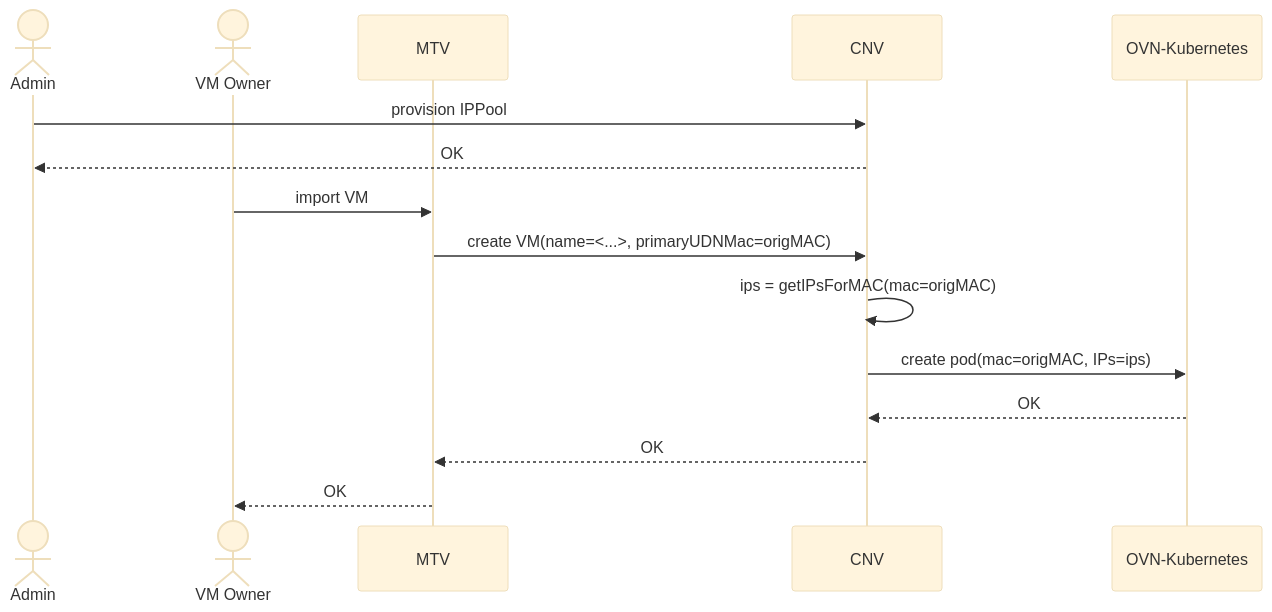
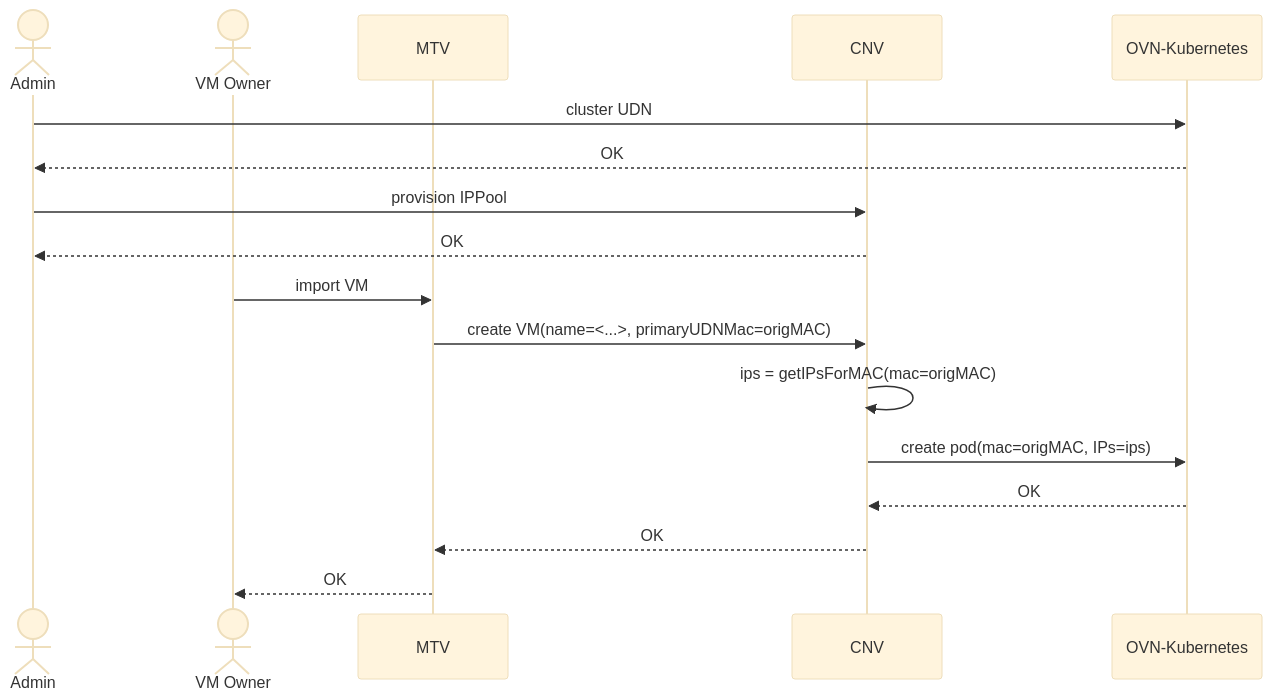
One commit to openshift/enhancements changed the first of 2 diagrams in enhancements/network/routed-ingress-support-for-primary-udn-attached-vms-with-static-ips.md. Above: the diagram before and after it, drawn with Mermaid (base theme). The commit also changed other lines of this file, not shown here.

````diff
--- a/enhancements/network/routed-ingress-support-for-primary-udn-attached-vms-with-static-ips.md
+++ b/enhancements/network/routed-ingress-support-for-primary-udn-attached-vms-with-static-ips.md
@@ -304,20 +311,23 @@
 ```mermaid
 sequenceDiagram
 actor Admin
 actor VM Owner
 
 participant MTV
 participant CNV
 participant o as OVN-Kubernetes
+
+Admin ->> o: cluster UDN
+o -->> Admin: OK
 
 Admin ->> CNV: provision IPPool
 CNV -->> Admin: OK
 
 VM Owner ->> MTV: import VM
 MTV ->> CNV: create VM(name=<...>, primaryUDNMac=origMAC)
 CNV ->> CNV: ips = getIPsForMAC(mac=origMAC)
 CNV ->> o: create pod(mac=origMAC, IPs=ips)
 o -->> CNV: OK
 CNV -->> MTV: OK
 MTV -->> VM Owner: OK
 ```
````
